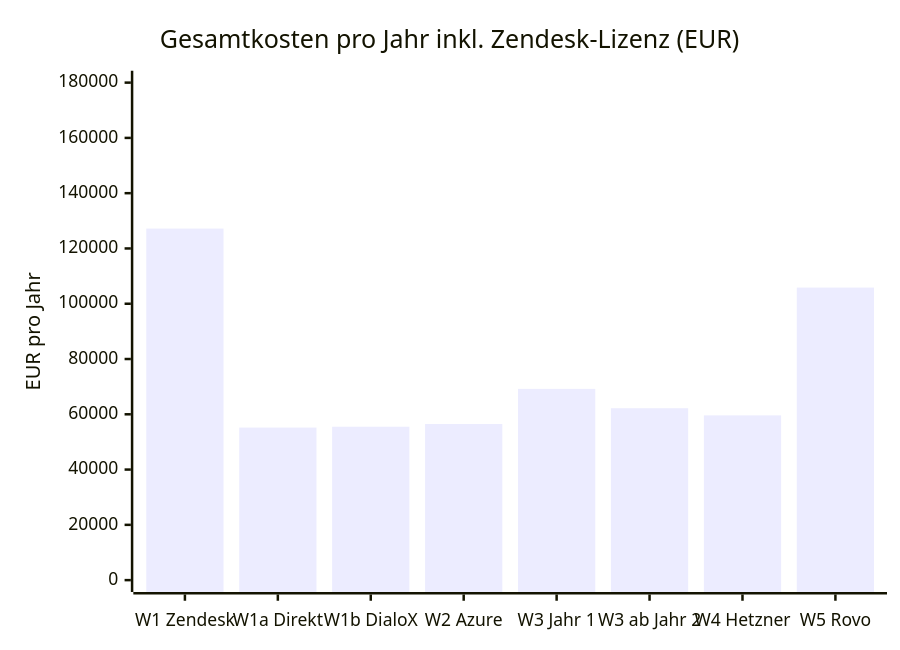
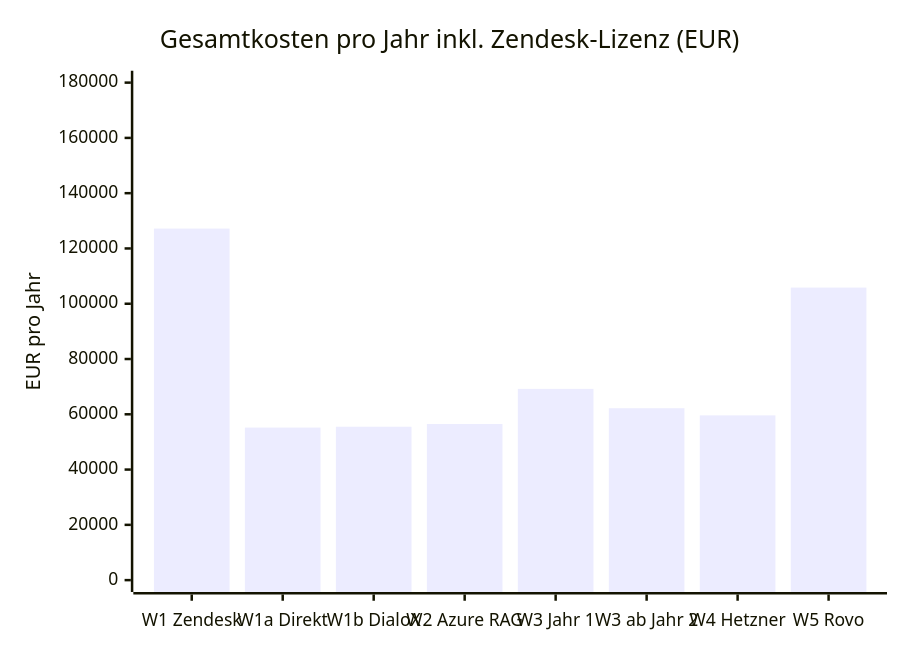
One commit to tekknix/zendesk-ai changed diagram 16 of 16 in readme.md. Above: the diagram before and after it, drawn with Mermaid. The commit also changed other lines of this file, not shown here.

````diff
--- a/readme.md
+++ b/readme.md
@@ -416,7 +474,7 @@
 ```mermaid
 xychart-beta
     title "Gesamtkosten pro Jahr inkl. Zendesk-Lizenz (EUR)"
-    x-axis ["W1 Zendesk", "W1a Direkt", "W1b DialoX", "W2 Azure", "W3 Jahr 1", "W3 ab Jahr 2", "W4 Hetzner", "W5 Rovo"]
+    x-axis ["W1 Zendesk", "W1a Direkt", "W1b DialoX", "W2 Azure RAG", "W3 Jahr 1", "W3 ab Jahr 2", "W4 Hetzner", "W5 Rovo"]
     y-axis "EUR pro Jahr" 0 --> 180000
     bar [127200, 55200, 55500, 56500, 69200, 62200, 59600, 105840]
 ```
````
